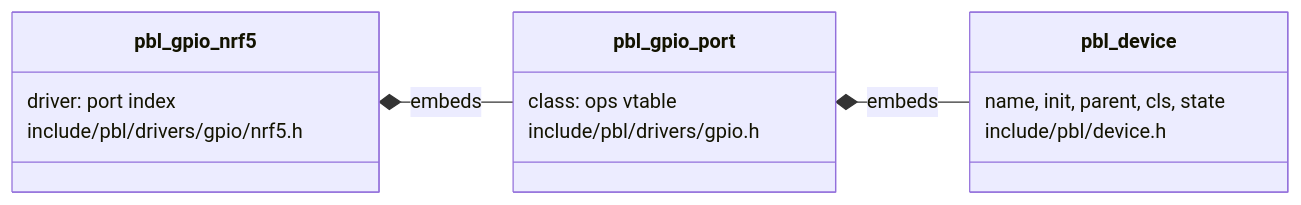
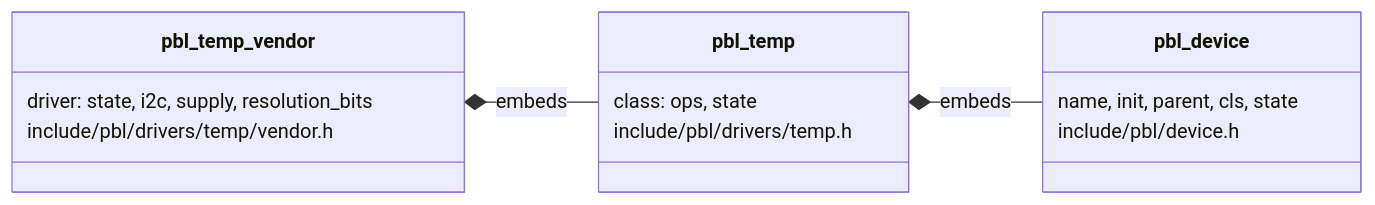
One commit to coredevices/PebbleOS changed the second of 4 diagrams in docs/drivers/device_model.md. Above: the diagram before and after it, drawn with Mermaid. The commit also changed other lines of this file, not shown here.

First line of the commit message:
docs: describe the device model end to end

````diff
--- a/docs/drivers/device_model.md
+++ b/docs/drivers/device_model.md
@@ -15,18 +73,18 @@
 ```{mermaid}
 classDiagram
   direction LR
   class pbl_device {
     name, init, parent, cls, state
     include/pbl/device.h
   }
-  class pbl_gpio_port {
-    class: ops vtable
-    include/pbl/drivers/gpio.h
+  class pbl_temp {
+    class: ops, state
+    include/pbl/drivers/temp.h
   }
-  class pbl_gpio_nrf5 {
-    driver: port index
-    include/pbl/drivers/gpio/nrf5.h
+  class pbl_temp_vendor {
+    driver: state, i2c, supply, resolution_bits
+    include/pbl/drivers/temp/vendor.h
   }
-  pbl_gpio_nrf5 *-- pbl_gpio_port : embeds
-  pbl_gpio_port *-- pbl_device : embeds
+  pbl_temp_vendor *-- pbl_temp : embeds
+  pbl_temp *-- pbl_device : embeds
 ```
````
